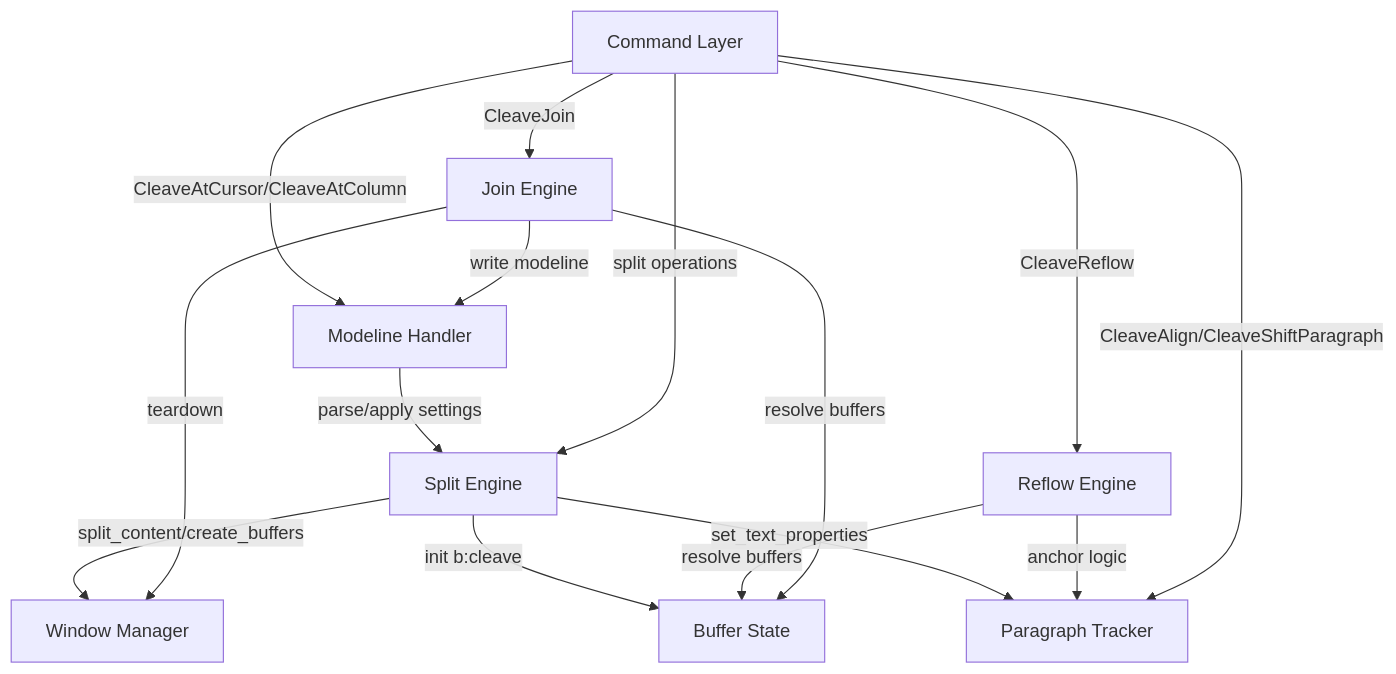
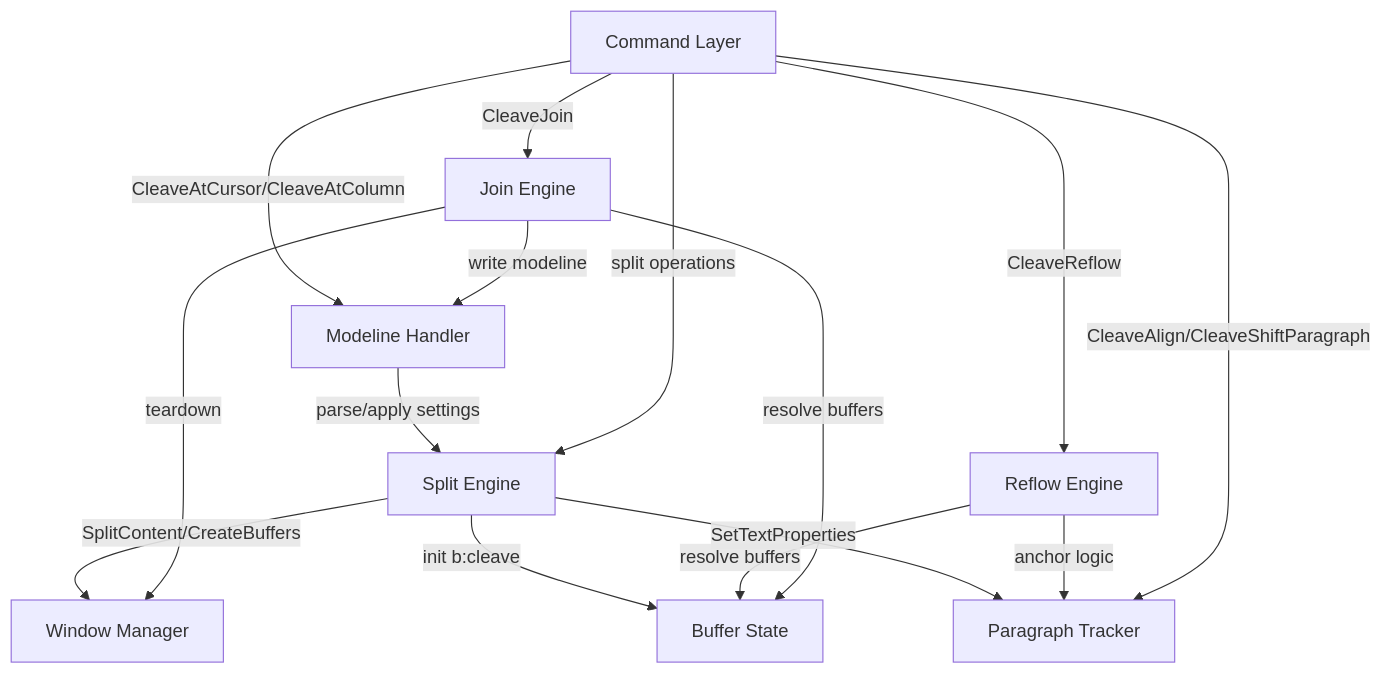
The first of 2 diagrams in ARCHITECTURE.md (mtwebb/vim-cleave), drawn with Mermaid before and after one commit. The commit also changed other lines of this file and 7 other files, not shown here.

````diff
--- a/ARCHITECTURE.md
+++ b/ARCHITECTURE.md
@@ -22,29 +22,29 @@
 ```mermaid
 flowchart TD
     CMD[Command Layer]
     ML[Modeline Handler]
     SPLIT[Split Engine]
     WIN[Window Manager]
     STATE[Buffer State]
     PARA[Paragraph Tracker]
     REFLOW[Reflow Engine]
     JOIN[Join Engine]
 
     CMD -->|CleaveAtCursor/CleaveAtColumn| ML
     ML -->|parse/apply settings| SPLIT
     CMD -->|split operations| SPLIT
-    SPLIT -->|split_content/create_buffers| WIN
+    SPLIT -->|SplitContent/CreateBuffers| WIN
     SPLIT -->|init b:cleave| STATE
-    SPLIT -->|set_text_properties| PARA
+    SPLIT -->|SetTextProperties| PARA
 
     CMD -->|CleaveReflow| REFLOW
     REFLOW -->|resolve buffers| STATE
     REFLOW -->|anchor logic| PARA
 
     CMD -->|CleaveJoin| JOIN
     JOIN -->|resolve buffers| STATE
     JOIN -->|write modeline| ML
     JOIN -->|teardown| WIN
 
     CMD -->|CleaveAlign/CleaveShiftParagraph| PARA
 ```
````
